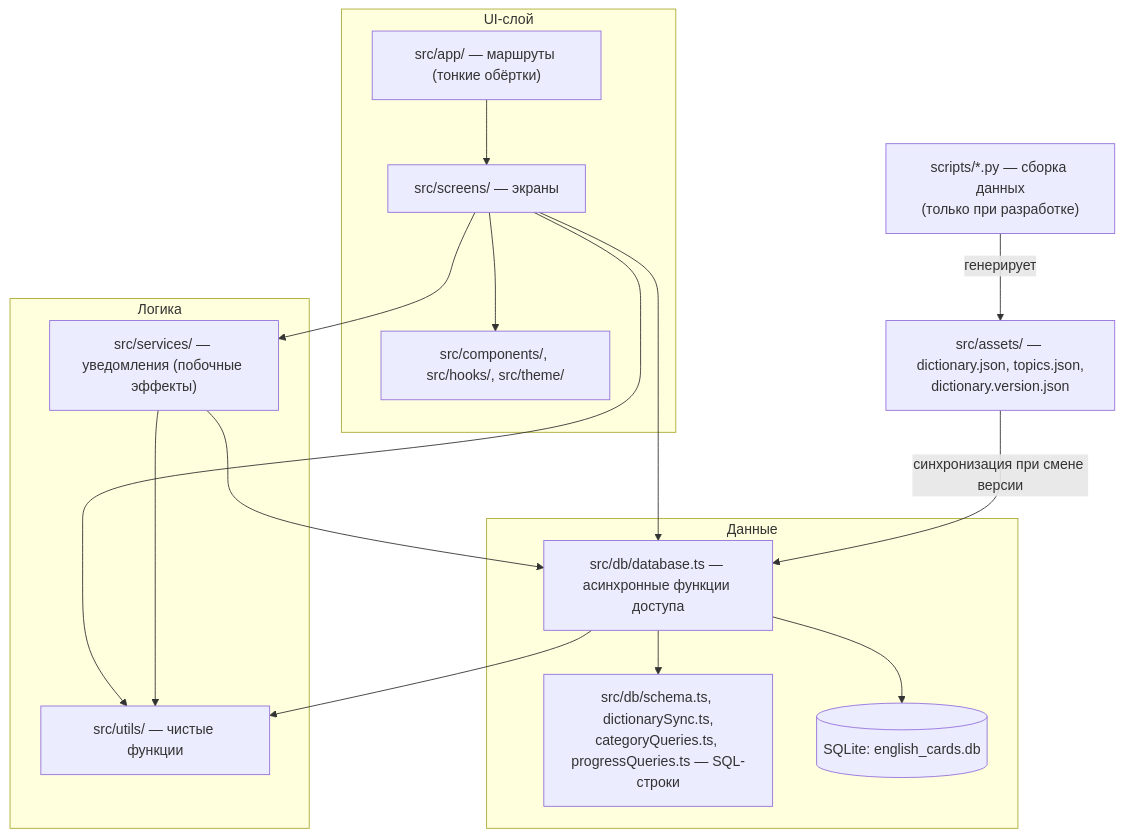
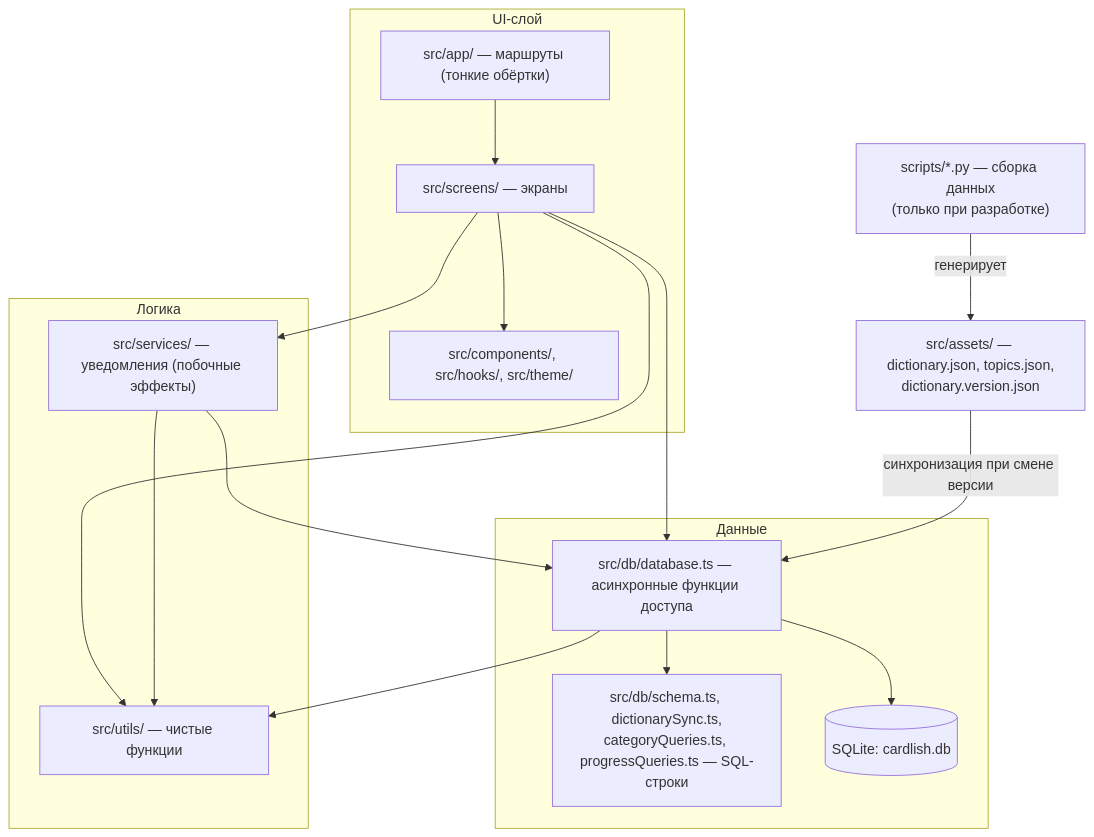
The first of 6 diagrams in docs/ARCHITECTURE.ru.md (01M/cardlish), drawn with Mermaid before and after one commit. The commit also changed other lines of this file and 8 other files, not shown here.

````diff
--- a/docs/ARCHITECTURE.ru.md
+++ b/docs/ARCHITECTURE.ru.md
@@ -46,31 +46,31 @@
 ```mermaid
 flowchart TD
     subgraph UI["UI-слой"]
         R["src/app/ — маршруты (тонкие обёртки)"]
         S["src/screens/ — экраны"]
         C["src/components/, src/hooks/, src/theme/"]
     end
     subgraph Logic["Логика"]
         U["src/utils/ — чистые функции"]
         SV["src/services/ — уведомления (побочные эффекты)"]
     end
     subgraph Data["Данные"]
         DB["src/db/database.ts — асинхронные функции доступа"]
         SQL["src/db/schema.ts, dictionarySync.ts,<br/>categoryQueries.ts, progressQueries.ts — SQL-строки"]
-        LITE[("SQLite: english_cards.db")]
+        LITE[("SQLite: cardlish.db")]
     end
     A["src/assets/ — dictionary.json, topics.json,<br/>dictionary.version.json"]
     PY["scripts/*.py — сборка данных<br/>(только при разработке)"]
 
     R --> S --> C
     S --> U
     S --> DB
     S --> SV
     SV --> U
     SV --> DB
     DB --> SQL
     DB --> U
     DB --> LITE
     A -->|"синхронизация при смене версии"| DB
     PY -->|"генерирует"| A
 ```
````
